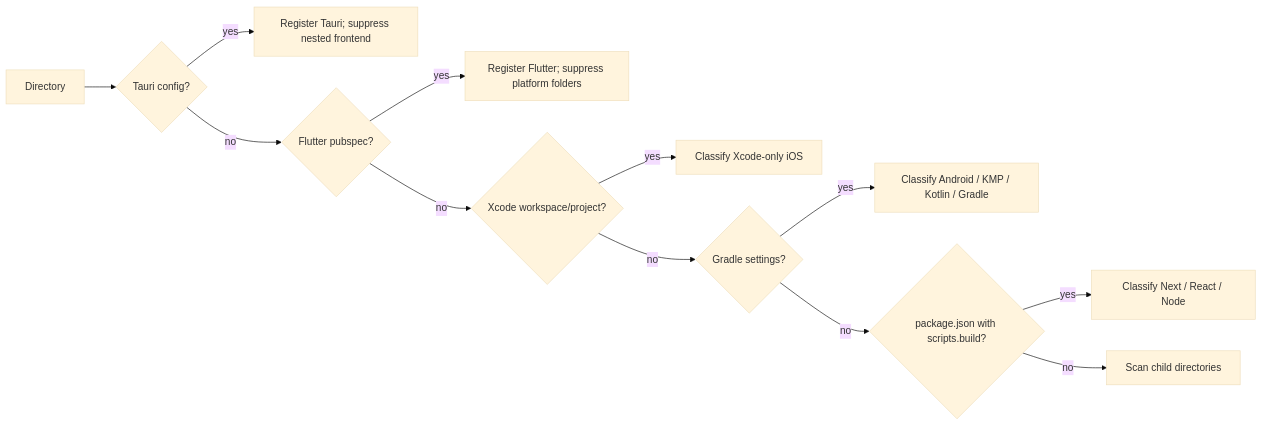
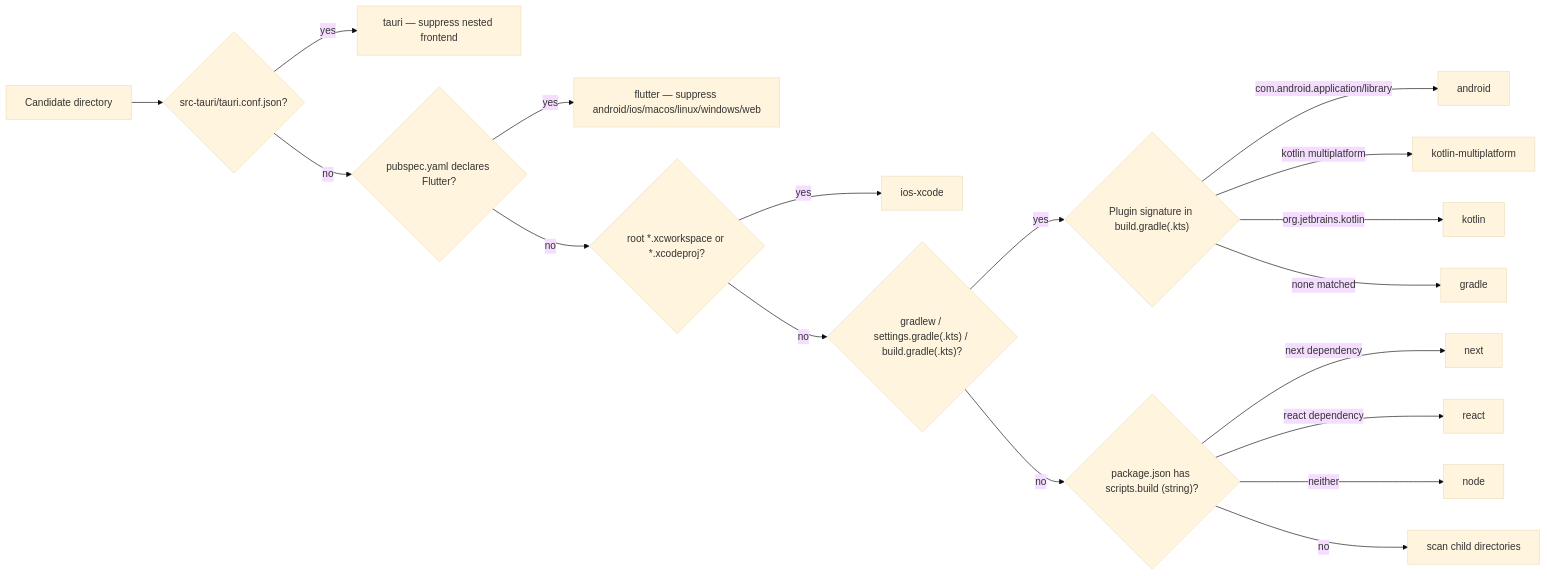
The second of 10 diagrams in README.en.md (Claude-Personal/ubs), drawn with Mermaid (base theme) before and after one commit. The commit also changed other lines of this file, not shown here.

First line of the commit message:
docs(readme): rewrite English README with verified architecture, publish workflow, and security details

````diff
--- a/README.en.md
+++ b/README.en.md
@@ -91,14 +151,20 @@
 ```mermaid
 flowchart LR
-    R["Directory"] --> T{"Tauri config?"}
-    T -->|"yes"| TA["Register Tauri; suppress nested frontend"]
-    T -->|"no"| F{"Flutter pubspec?"}
-    F -->|"yes"| FL["Register Flutter; suppress platform folders"]
-    F -->|"no"| X{"Xcode workspace/project?"}
-    X -->|"yes"| XI["Classify Xcode-only iOS"]
-    X -->|"no"| G{"Gradle settings?"}
-    G -->|"yes"| GR["Classify Android / KMP / Kotlin / Gradle"]
-    G -->|"no"| N{"package.json with scripts.build?"}
-    N -->|"yes"| NO["Classify Next / React / Node"]
-    N -->|"no"| S["Scan child directories"]
+    Root["Candidate directory"] --> Q1{"src-tauri/tauri.conf.json?"}
+    Q1 -->|yes| Tauri["tauri — suppress nested frontend"]
+    Q1 -->|no| Q2{"pubspec.yaml declares Flutter?"}
+    Q2 -->|yes| Flutter["flutter — suppress android/ios/macos/linux/windows/web"]
+    Q2 -->|no| Q3{"root *.xcworkspace or *.xcodeproj?"}
+    Q3 -->|yes| Xcode["ios-xcode"]
+    Q3 -->|no| Q4{"gradlew / settings.gradle(.kts) / build.gradle(.kts)?"}
+    Q4 -->|yes| Q4b{"Plugin signature in build.gradle(.kts)"}
+    Q4b -->|"com.android.application/library"| Android["android"]
+    Q4b -->|"kotlin multiplatform"| KMP["kotlin-multiplatform"]
+    Q4b -->|"org.jetbrains.kotlin"| Kotlin["kotlin"]
+    Q4b -->|"none matched"| Gradle["gradle"]
+    Q4 -->|no| Q5{"package.json has scripts.build (string)?"}
+    Q5 -->|"next dependency"| Next["next"]
+    Q5 -->|"react dependency"| React["react"]
+    Q5 -->|"neither"| Node["node"]
+    Q5 -->|no| Scan["scan child directories"]
 ```
````
